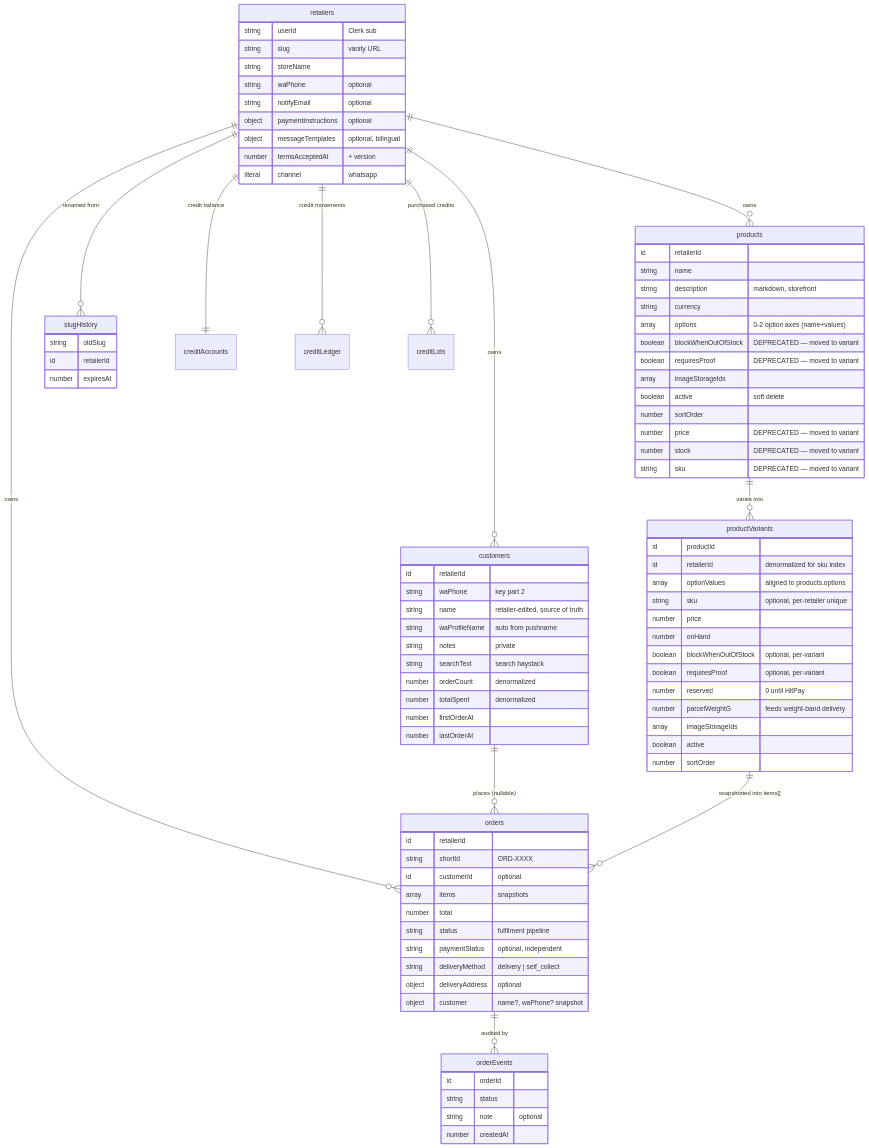
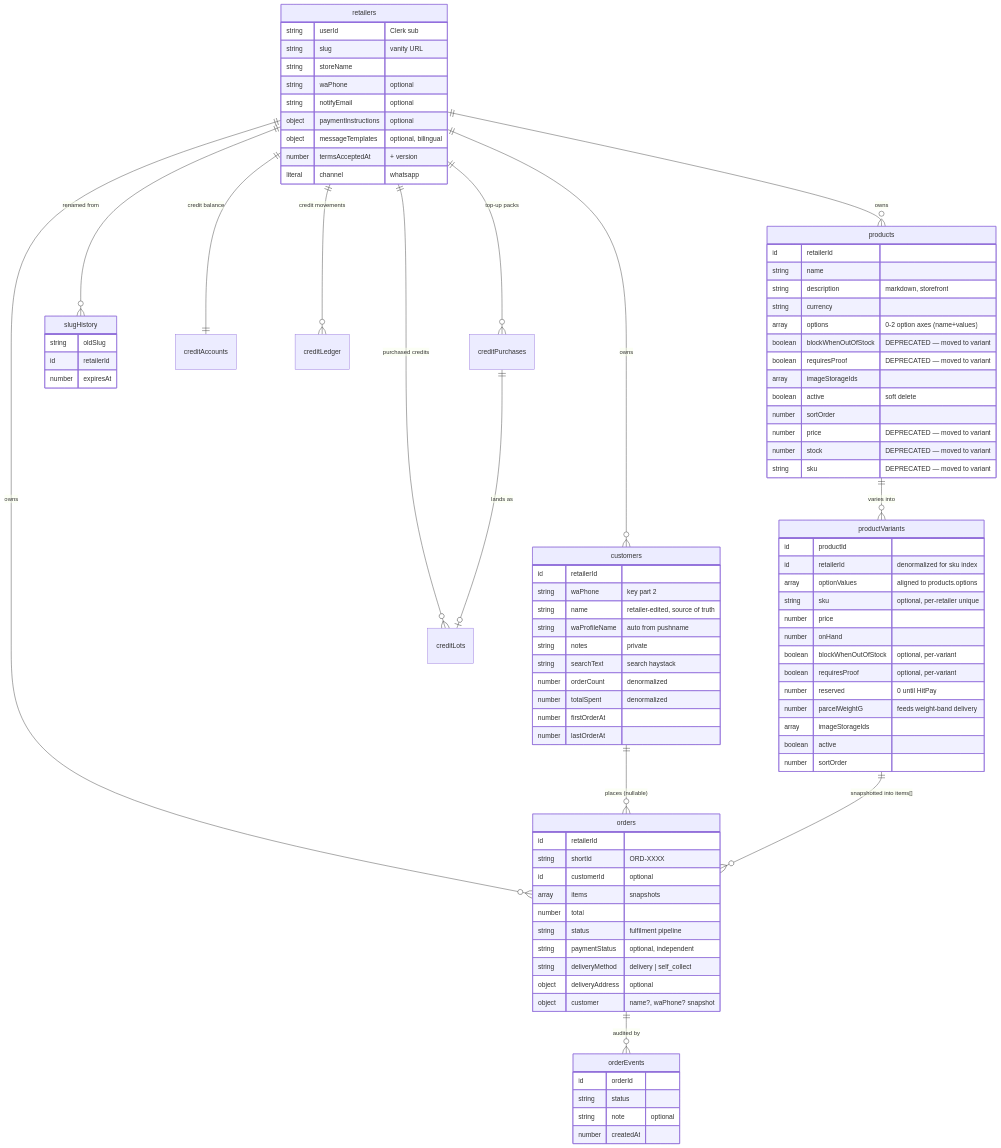
Before and after one commit to Kedaipal/kedaipal: the diagram in docs/data-model.md, drawn with Mermaid. The commit also changed other lines of this file and 42 other files, not shown here.

```diff
--- a/docs/data-model.md
+++ b/docs/data-model.md
@@ -22,6 +22,8 @@
     retailers ||--|| creditAccounts : "credit balance"
     retailers ||--o{ creditLedger : "credit movements"
     retailers ||--o{ creditLots : "purchased credits"
+    retailers ||--o{ creditPurchases : "top-up packs"
+    creditPurchases ||--o| creditLots : "lands as"
     products ||--o{ productVariants : "varies into"
     productVariants ||--o{ orders : "snapshotted into items[]"
 
```
